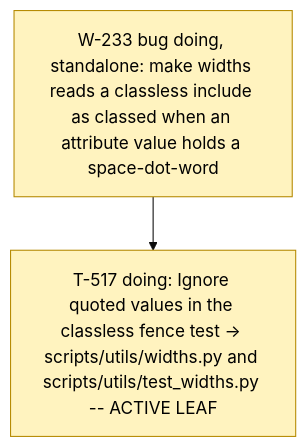
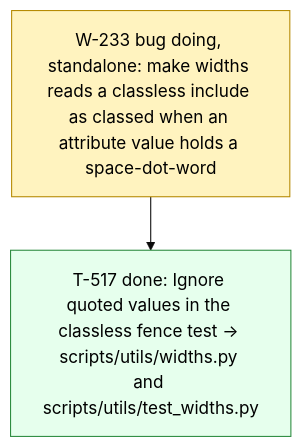
One commit to dpopchev/chaos-to-simple changed the diagram in .board/BOARD.md. Above: the diagram before and after it, drawn with Mermaid (base theme). The commit also changed other lines of this file and 1 other file, not shown here.

Commit message:
chore(board): close T-517 -- W-233 ready to land
Refs: W-233 T-517

````diff
--- a/.board/BOARD.md
+++ b/.board/BOARD.md
@@ -1384,11 +1384,12 @@
 ```mermaid
 flowchart TD
   W233["W-233 bug doing, standalone: make widths reads a classless include as classed when an attribute value holds a space-dot-word"]
-  W233 --> T517["T-517 doing: Ignore quoted values in the classless fence test -> scripts/utils/widths.py and scripts/utils/test_widths.py -- ACTIVE LEAF"]
+  W233 --> T517["T-517 done: Ignore quoted values in the classless fence test -> scripts/utils/widths.py and scripts/utils/test_widths.py"]
   classDef doing fill:#fff3bf,stroke:#b58900,color:#000;
   classDef blocked fill:#ffe3e3,stroke:#c92a2a,color:#000;
   classDef done fill:#e6ffed,stroke:#2b8a3e,color:#000;
   classDef todo fill:#f8f9fa,stroke:#868e96,color:#000;
   classDef pruned fill:#f1f3f5,stroke:#adb5bd,color:#000;
-  class W233,T517 doing
+  class W233 doing
+  class T517 done
 ```
````
